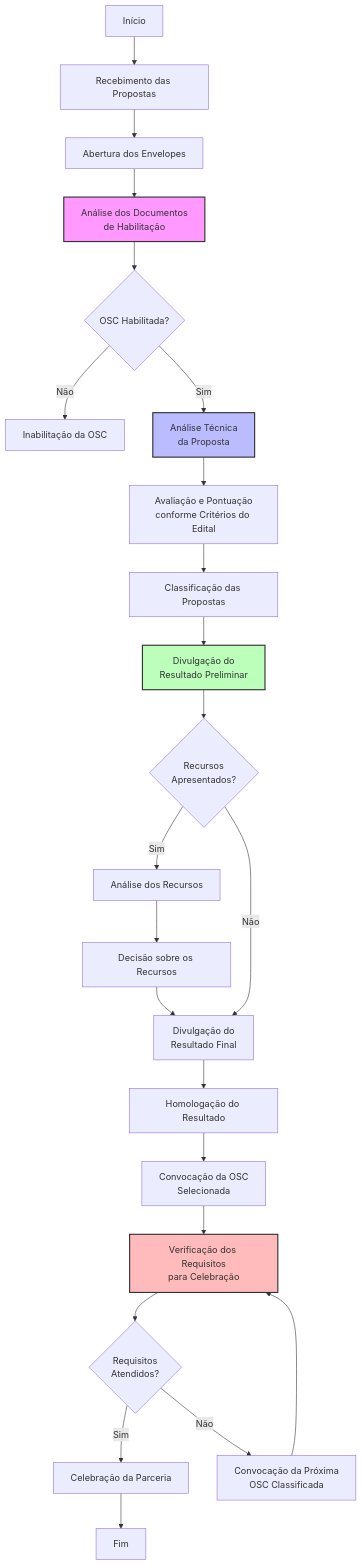
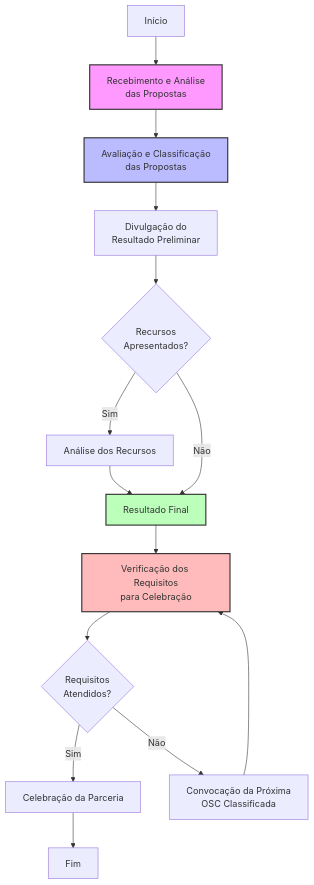
The diagram in selecao-osc.md (phkawka/MROSC), drawn with Mermaid before and after one commit. The commit also changed other lines of this file, not shown here.

```diff
--- a/selecao-osc.md
+++ b/selecao-osc.md
@@ -62,30 +62,21 @@
 <div class="mermaid">
 graph TD
-    A[Início] --> B[Recebimento das Propostas]
-    B --> C[Abertura dos Envelopes]
-    C --> D[Análise dos Documentos<br>de Habilitação]
-    D --> E{OSC Habilitada?}
-    E -->|Não| F[Inabilitação da OSC]
-    E -->|Sim| G[Análise Técnica<br>da Proposta]
-    G --> H[Avaliação e Pontuação<br>conforme Critérios do Edital]
-    H --> I[Classificação das Propostas]
-    I --> J[Divulgação do<br>Resultado Preliminar]
-    J --> K{Recursos<br>Apresentados?}
-    K -->|Sim| L[Análise dos Recursos]
-    L --> M[Decisão sobre os Recursos]
-    M --> N[Divulgação do<br>Resultado Final]
-    K -->|Não| N
-    N --> O[Homologação do Resultado]
-    O --> P[Convocação da OSC<br>Selecionada]
-    P --> Q[Verificação dos Requisitos<br>para Celebração]
-    Q --> R{Requisitos<br>Atendidos?}
-    R -->|Sim| S[Celebração da Parceria]
-    R -->|Não| T[Convocação da Próxima<br>OSC Classificada]
-    T --> Q
-    S --> U[Fim]
+    A[Início] --> B[Recebimento e Análise<br>das Propostas]
+    B --> C[Avaliação e Classificação<br>das Propostas]
+    C --> D[Divulgação do<br>Resultado Preliminar]
+    D --> E{Recursos<br>Apresentados?}
+    E -->|Sim| F[Análise dos Recursos]
+    F --> G[Resultado Final]
+    E -->|Não| G
+    G --> H[Verificação dos Requisitos<br>para Celebração]
+    H --> I{Requisitos<br>Atendidos?}
+    I -->|Sim| J[Celebração da Parceria]
+    I -->|Não| K[Convocação da Próxima<br>OSC Classificada]
+    K --> H
+    J --> L[Fim]
 
-    style D fill:#f9f,stroke:#333,stroke-width:2px
-    style G fill:#bbf,stroke:#333,stroke-width:2px
-    style J fill:#bfb,stroke:#333,stroke-width:2px
-    style Q fill:#fbb,stroke:#333,stroke-width:2px
+    style B fill:#f9f,stroke:#333,stroke-width:2px
+    style C fill:#bbf,stroke:#333,stroke-width:2px
+    style G fill:#bfb,stroke:#333,stroke-width:2px
+    style H fill:#fbb,stroke:#333,stroke-width:2px
 </div>
```
